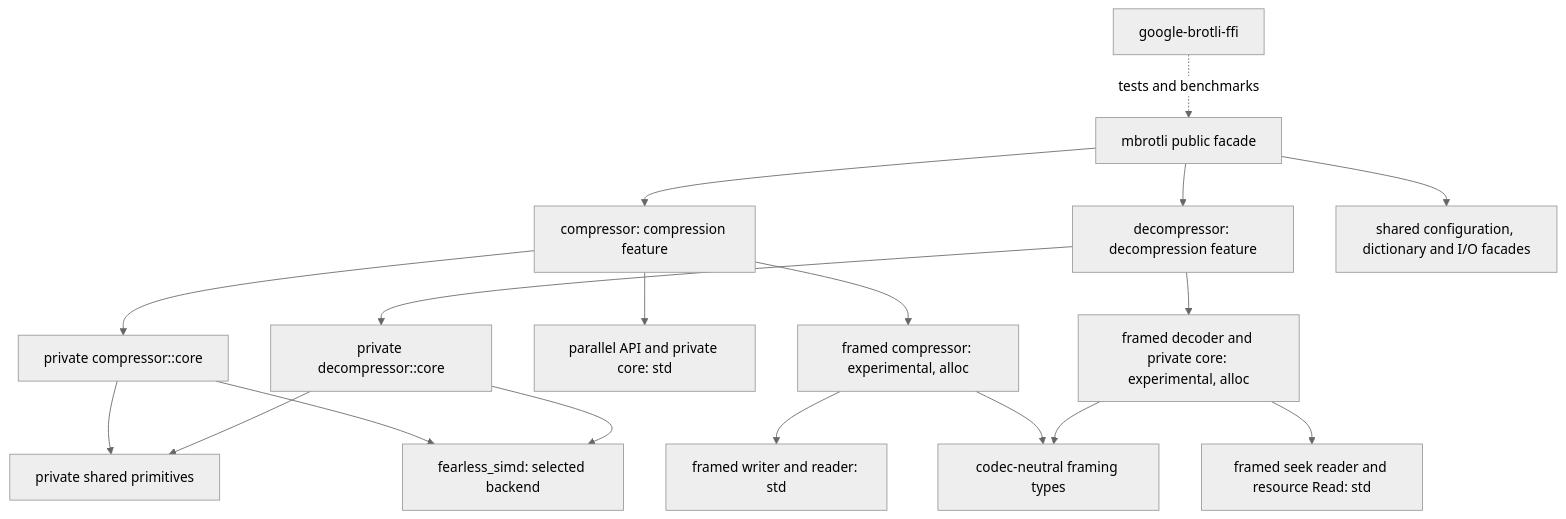
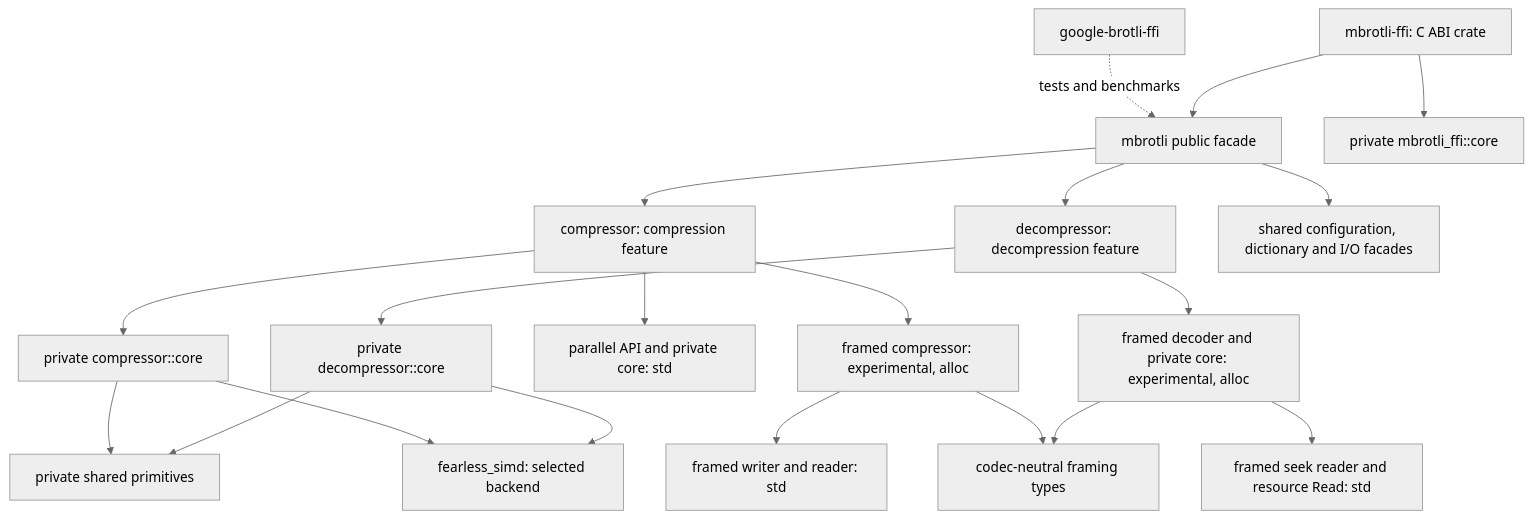
One commit to Mnwa/mbrotli changed the diagram in architecture/README.md. Above: the diagram before and after it, drawn with Mermaid (neutral theme). The commit also changed other lines of this file and 35 other files, not shown here.

Commit message:
Add mbrotli ffi

````diff
--- a/architecture/README.md
+++ b/architecture/README.md
@@ -9,20 +9,22 @@
 ```mermaid
 graph TD
     Root[mbrotli public facade] --> Encode[compressor: compression feature]
     Root --> Decode[decompressor: decompression feature]
     Root --> Common[shared configuration, dictionary and I/O facades]
     Encode --> ECore[private compressor::core]
     Decode --> DCore[private decompressor::core]
     Encode --> Parallel[parallel API and private core: std]
     Encode --> Framing[framed compressor: experimental, alloc]
     Framing --> FIO[framed writer and reader: std]
     Decode --> FDecode[framed decoder and private core: experimental, alloc]
     Framing --> Wire[codec-neutral framing types]
     FDecode --> Seek[framed seek reader and resource Read: std]
     FDecode --> Wire
     ECore --> Shared[private shared primitives]
     DCore --> Shared
     ECore --> SIMD[fearless_simd: selected backend]
     DCore --> SIMD
     C[google-brotli-ffi] -. tests and benchmarks .-> Root
+    CABI[mbrotli-ffi: C ABI crate] --> Root
+    CABI --> CCore[private mbrotli_ffi::core]
 ```
````
